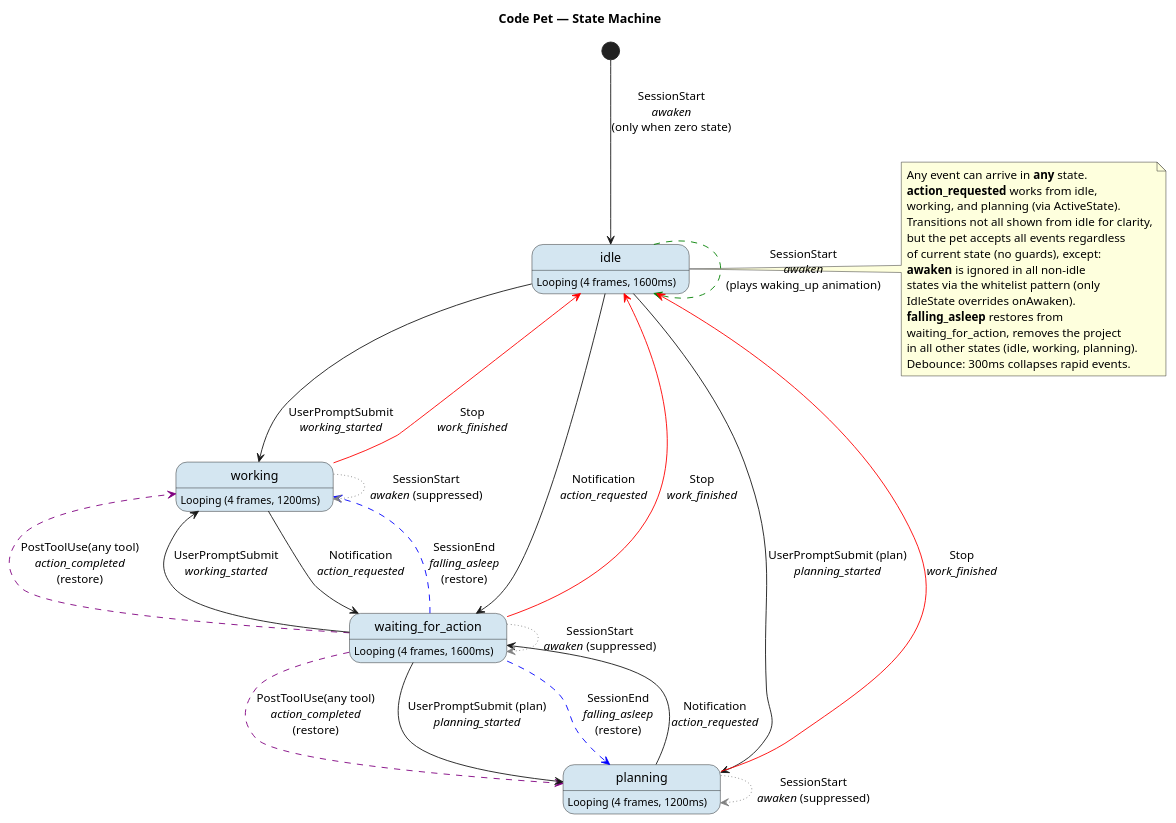
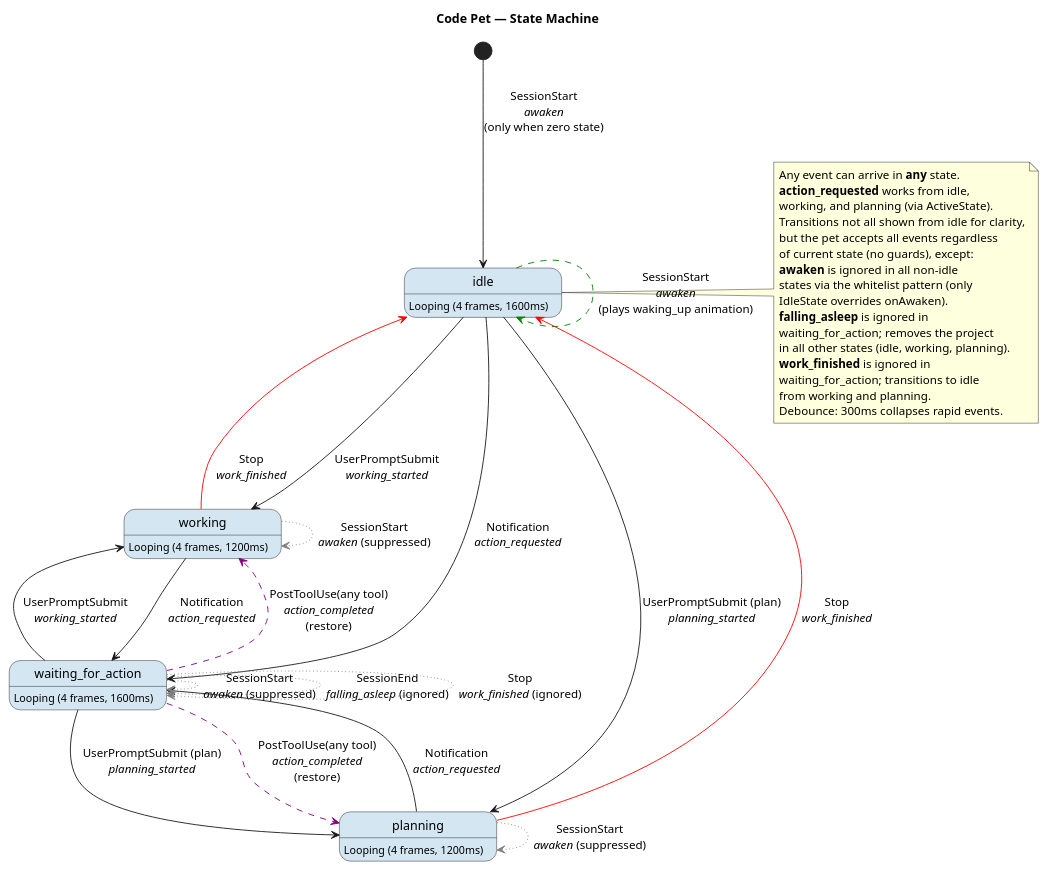
One commit to mradovic95/code-pet changed the first of 2 diagrams in docs/state-diagram.puml. Above: the diagram before and after it, drawn with PlantUML. The commit also changed other lines of this file and 15 other files, not shown here.

```diff
--- a/docs/state-diagram.puml
+++ b/docs/state-diagram.puml
@@ -1,67 +1,69 @@
 @startuml code-pet-states
 skinparam state {
   BackgroundColor<<looping>> #D4E6F1
 }
 
 title Code Pet — State Machine
 
 [*] --> idle : SessionStart\n//awaken//\n(only when zero state)
 
 state "idle" as idle <<looping>> : Looping (4 frames, 1600ms)
 state "working" as working <<looping>> : Looping (4 frames, 1200ms)
 state "planning" as planning <<looping>> : Looping (4 frames, 1200ms)
 state "waiting_for_action" as waiting_for_action <<looping>> : Looping (4 frames, 1600ms)
 
 ' ── Awaken: stays in idle, plays renderer-only waking_up animation ──
 idle -[#green,dashed]-> idle : SessionStart\n//awaken//\n(plays waking_up animation)
 
 ' ── Hook-driven transitions (any state → target) ──
 idle --> working : UserPromptSubmit\n//working_started//
 idle --> waiting_for_action : Notification\n//action_requested//
 idle --> planning : UserPromptSubmit (plan)\n//planning_started//
 
 ' ── Permission prompt during active work ──
 working --> waiting_for_action : Notification\n//action_requested//
 planning --> waiting_for_action : Notification\n//action_requested//
 
 ' ── Stop returns to idle from active states ──
 working -[#red]-> idle : Stop\n//work_finished//
 planning -[#red]-> idle : Stop\n//work_finished//
 
 ' ── Awaken suppressed during ALL non-zero states ──
 working -[#grey,dotted]-> working : SessionStart\n//awaken// (suppressed)
 planning -[#grey,dotted]-> planning : SessionStart\n//awaken// (suppressed)
 waiting_for_action -[#grey,dotted]-> waiting_for_action : SessionStart\n//awaken// (suppressed)
 
-' ── falling_asleep restores previous active state from waiting_for_action ──
-waiting_for_action -[#blue,dashed]-> working : SessionEnd\n//falling_asleep//\n(restore)
-waiting_for_action -[#blue,dashed]-> planning : SessionEnd\n//falling_asleep//\n(restore)
+' ── falling_asleep ignored in waiting_for_action ──
+waiting_for_action -[#grey,dotted]-> waiting_for_action : SessionEnd\n//falling_asleep// (ignored)
 
 ' ── action_completed restores previous active state ──
 waiting_for_action -[#purple,dashed]-> working : PostToolUse(any tool)\n//action_completed//\n(restore)
 waiting_for_action -[#purple,dashed]-> planning : PostToolUse(any tool)\n//action_completed//\n(restore)
 
-' ── Stop forces idle from waiting_for_action ──
-waiting_for_action -[#red]-> idle : Stop\n//work_finished//
+' ── Stop ignored in waiting_for_action ──
+waiting_for_action -[#grey,dotted]-> waiting_for_action : Stop\n//work_finished// (ignored)
 
 ' ── waiting_for_action exits via UserPromptSubmit ──
 waiting_for_action --> working : UserPromptSubmit\n//working_started//
 waiting_for_action --> planning : UserPromptSubmit (plan)\n//planning_started//
 
 note right of idle
   Any event can arrive in **any** state.
   **action_requested** works from idle,
   working, and planning (via ActiveState).
   Transitions not all shown from idle for clarity,
   but the pet accepts all events regardless
   of current state (no guards), except:
   **awaken** is ignored in all non-idle
   states via the whitelist pattern (only
   IdleState overrides onAwaken).
-  **falling_asleep** restores from
-  waiting_for_action, removes the project
+  **falling_asleep** is ignored in
+  waiting_for_action; removes the project
   in all other states (idle, working, planning).
+  **work_finished** is ignored in
+  waiting_for_action; transitions to idle
+  from working and planning.
   Debounce: 300ms collapses rapid events.
 end note
 
 @enduml
```
